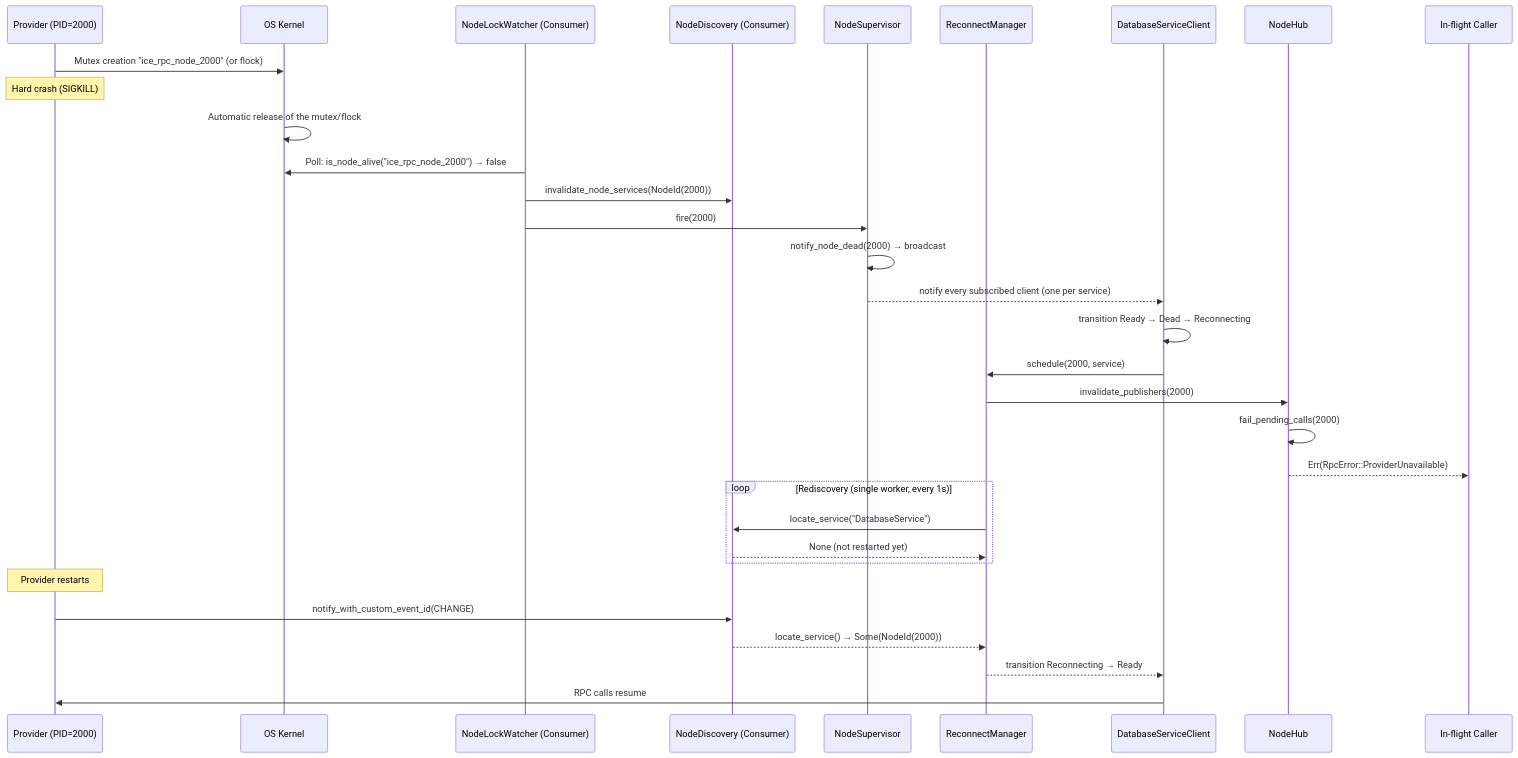
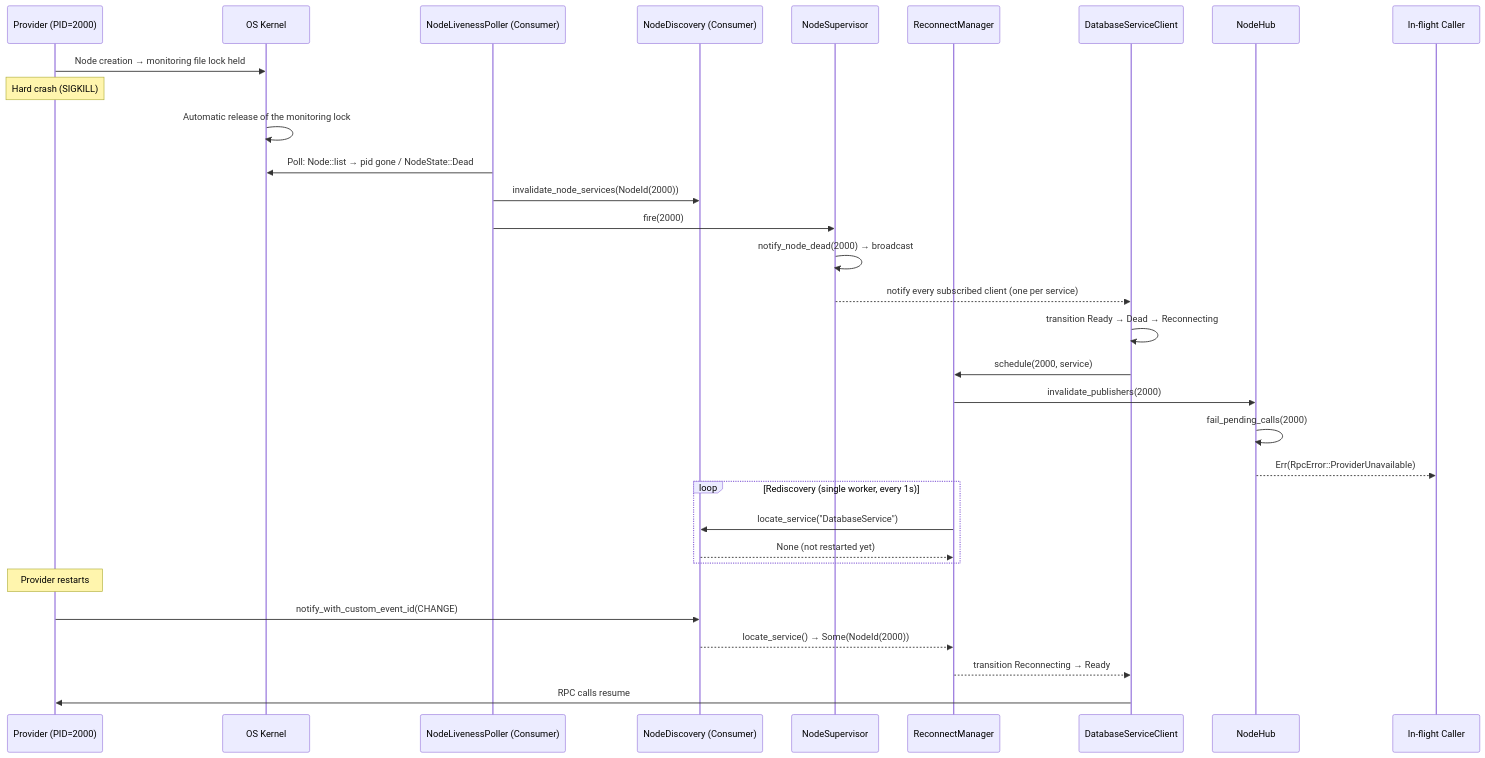
Before and after one commit to max3163/ice-rpc: the fourth of 4 diagrams in Readme.md, drawn with Mermaid. The commit also changed other lines of this file and 103 other files, not shown here.

First line of the commit message:
feat: Add ice-rpc-rx create and rework some parts

````diff
--- a/Readme.md
+++ b/Readme.md
@@ -105,35 +107,35 @@
 ```mermaid
 sequenceDiagram
     participant P as Provider (PID=2000)
     participant Kernel as OS Kernel
-    participant WL as NodeLockWatcher (Consumer)
+    participant WL as NodeLivenessPoller (Consumer)
     participant ND as NodeDiscovery (Consumer)
     participant S as NodeSupervisor
     participant RM as ReconnectManager
     participant Client as DatabaseServiceClient
     participant H as NodeHub
     participant C as In-flight Caller
 
-    P->>Kernel: Mutex creation "ice_rpc_node_2000" (or flock)
+    P->>Kernel: Node creation → monitoring file lock held
     Note over P: Hard crash (SIGKILL)
-    Kernel->>Kernel: Automatic release of the mutex/flock
-    WL->>Kernel: Poll: is_node_alive("ice_rpc_node_2000") → false
+    Kernel->>Kernel: Automatic release of the monitoring lock
+    WL->>Kernel: Poll: Node::list → pid gone / NodeState::Dead
     WL->>ND: invalidate_node_services(NodeId(2000))
     WL->>S: fire(2000)
     S->>S: notify_node_dead(2000) → broadcast
     S-->>Client: notify every subscribed client (one per service)
     Client->>Client: transition Ready → Dead → Reconnecting
     Client->>RM: schedule(2000, service)
     RM->>H: invalidate_publishers(2000)
     H->>H: fail_pending_calls(2000)
     H-->>C: Err(RpcError::ProviderUnavailable)
     loop Rediscovery (single worker, every 1s)
         RM->>ND: locate_service("DatabaseService")
         ND-->>RM: None (not restarted yet)
     end
     Note over P: Provider restarts
     P->>ND: notify_with_custom_event_id(CHANGE)
     ND-->>RM: locate_service() → Some(NodeId(2000))
     RM-->>Client: transition Reconnecting → Ready
     Client->>P: RPC calls resume
 ```
````
